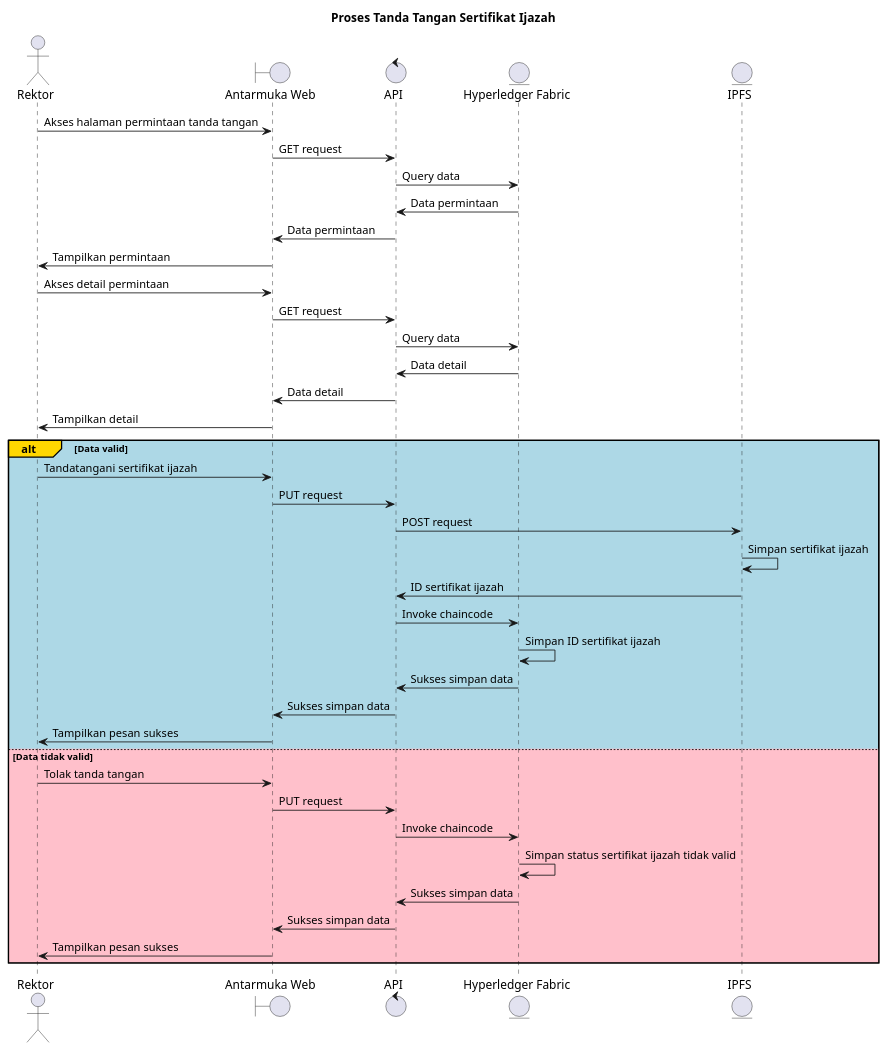
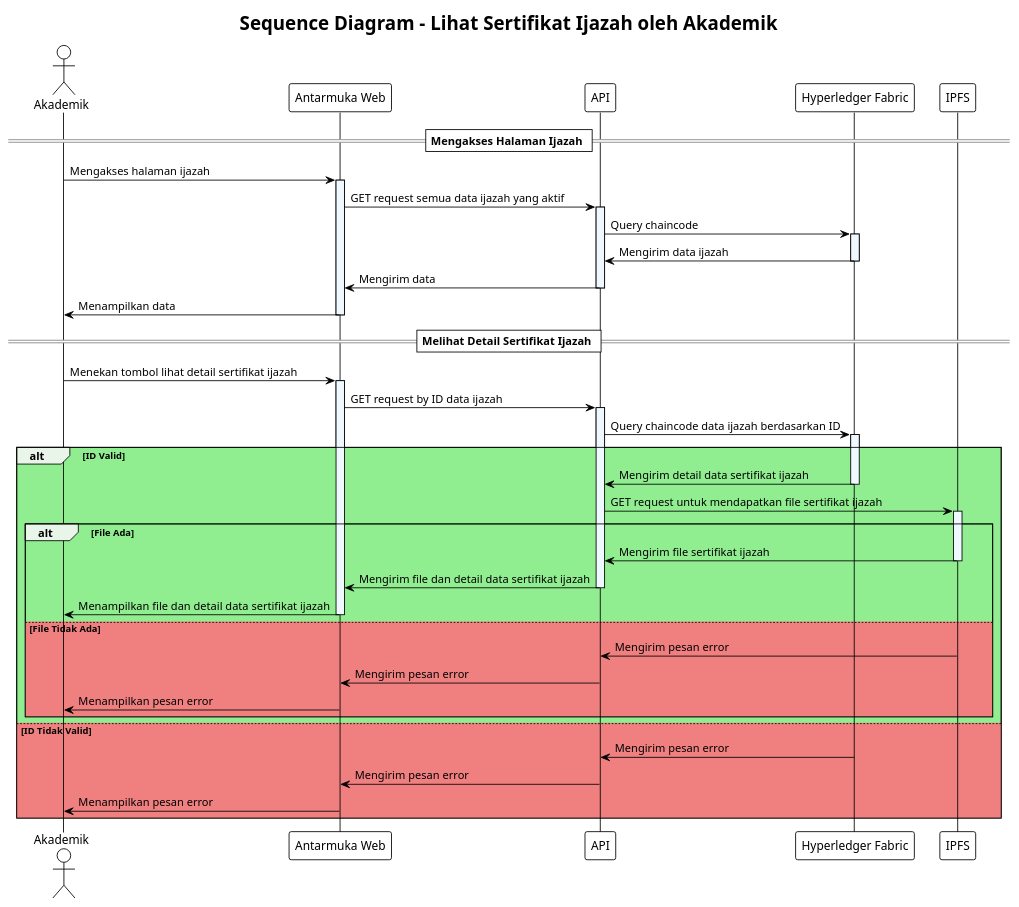
The diagram in requirement/sequence-diagram/SD-2.plantuml (nas11ai/tugas-akhir), drawn with PlantUML before and after one commit. The commit also changed 7 other files, not shown here.

Commit message:
feat: update sequence diagram

```diff
--- a/requirement/sequence-diagram/SD-2.plantuml
+++ b/requirement/sequence-diagram/SD-2.plantuml
@@ -1,46 +1,82 @@
 @startuml SD-2
+!theme plain
+title Sequence Diagram - Lihat Sertifikat Ijazah oleh Akademik
 
-title Proses Tanda Tangan Sertifikat Ijazah
+skinparam sequenceGroupBackgroundColor #E8F5E8
+skinparam sequenceLifeLineBackgroundColor #F0F8FF
 
-actor       Rektor                        as user
-boundary    "Antarmuka Web"             as ui
-control     API                         as api
-entity      "Hyperledger Fabric"        as fabric
-entity      IPFS                        as ipfs
+actor Akademik
+participant "Antarmuka Web" as Web
+participant "API" as API
+participant "Hyperledger Fabric" as HLF
+participant "IPFS" as IPFS
 
-user -> ui : Akses halaman permintaan tanda tangan
-ui -> api : GET request
-api -> fabric: Query data
-fabric -> api: Data permintaan
-api -> ui: Data permintaan
-ui -> user: Tampilkan permintaan
+== Mengakses Halaman Ijazah ==
+Akademik -> Web: Mengakses halaman ijazah
+activate Web
 
-user -> ui : Akses detail permintaan
-ui -> api : GET request
-api -> fabric: Query data
-fabric -> api: Data detail
-api -> ui: Data detail
-ui -> user: Tampilkan detail
+Web -> API: GET request semua data ijazah yang aktif
+activate API
 
-alt#Gold #LightBlue Data valid
-    user -> ui: Tandatangani sertifikat ijazah
-    ui -> api: PUT request
-    api -> ipfs: POST request
-    ipfs -> ipfs: Simpan sertifikat ijazah
-    ipfs -> api: ID sertifikat ijazah
-    api -> fabric: Invoke chaincode
-    fabric -> fabric: Simpan ID sertifikat ijazah
-    fabric -> api: Sukses simpan data
-    api -> ui: Sukses simpan data
-    ui -> user: Tampilkan pesan sukses
-else #Pink Data tidak valid
-    user -> ui: Tolak tanda tangan
-    ui -> api: PUT request
-    api -> fabric: Invoke chaincode
-    fabric -> fabric: Simpan status sertifikat ijazah tidak valid
-    fabric -> api: Sukses simpan data
-    api -> ui: Sukses simpan data
-    ui -> user: Tampilkan pesan sukses
+API -> HLF: Query chaincode
+activate HLF
+
+HLF -> API: Mengirim data ijazah
+deactivate HLF
+
+API -> Web: Mengirim data
+deactivate API
+
+Web -> Akademik: Menampilkan data
+deactivate Web
+
+== Melihat Detail Sertifikat Ijazah ==
+Akademik -> Web: Menekan tombol lihat detail sertifikat ijazah
+activate Web
+
+Web -> API: GET request by ID data ijazah
+activate API
+
+API -> HLF: Query chaincode data ijazah berdasarkan ID
+activate HLF
+
+alt #lightgreen ID Valid
+    HLF -> API: Mengirim detail data sertifikat ijazah
+    deactivate HLF
+    
+    API -> IPFS: GET request untuk mendapatkan file sertifikat ijazah
+    activate IPFS
+    
+    alt #lightgreen File Ada
+        IPFS -> API: Mengirim file sertifikat ijazah
+        deactivate IPFS
+        
+        API -> Web: Mengirim file dan detail data sertifikat ijazah
+        deactivate API
+        
+        Web -> Akademik: Menampilkan file dan detail data sertifikat ijazah
+        deactivate Web
+        
+    else #lightcoral File Tidak Ada
+        IPFS -> API: Mengirim pesan error
+        deactivate IPFS
+        
+        API -> Web: Mengirim pesan error
+        deactivate API
+        
+        Web -> Akademik: Menampilkan pesan error
+        deactivate Web
+    end
+    
+else #lightcoral ID Tidak Valid
+    HLF -> API: Mengirim pesan error
+    deactivate HLF
+    
+    API -> Web: Mengirim pesan error
+    deactivate API
+    
+    Web -> Akademik: Menampilkan pesan error
+    deactivate Web
 end
 
 @enduml
```
